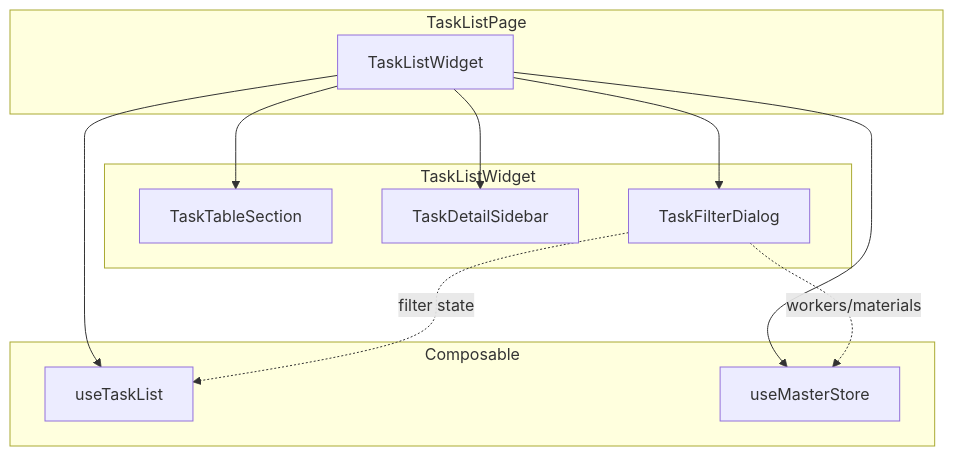
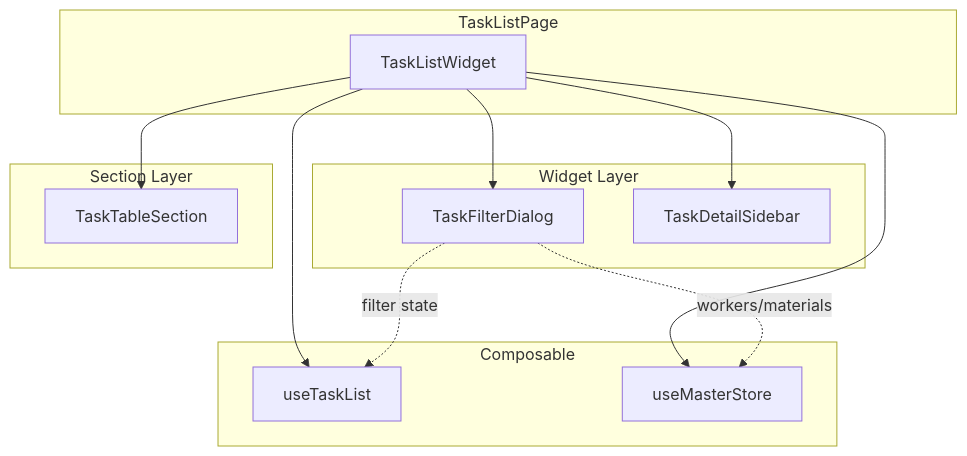
One commit to kaisuzuk/vue3-sample changed the first of 3 diagrams in sample/document/Phase4_絞り込み機能_実装解説.md. Above: the diagram before and after it, drawn with Mermaid. The commit also changed other lines of this file and 35 other files, not shown here.

````diff
--- a/sample/document/Phase4_絞り込み機能_実装解説.md
+++ b/sample/document/Phase4_絞り込み機能_実装解説.md
@@ -36,26 +41,29 @@
 ```mermaid
 graph TD
     subgraph Page["TaskListPage"]
         W[TaskListWidget]
     end
     
-    subgraph Widget["TaskListWidget"]
+    subgraph Widget["Widget Layer"]
+        TFD[TaskFilterDialog]
+        TDS[TaskDetailSidebar]
+    end
+    
+    subgraph Section["Section Layer"]
         TTS[TaskTableSection]
-        TDS[TaskDetailSidebar]
-        TFD[TaskFilterDialog]
     end
     
     subgraph Composable["Composable"]
         UTL[useTaskList]
         UMS[useMasterStore]
     end
     
     W --> TTS
     W --> TDS
     W --> TFD
     W --> UTL
     W --> UMS
     
     TFD -.->|workers/materials| UMS
     TFD -.->|filter state| UTL
 ```
````
